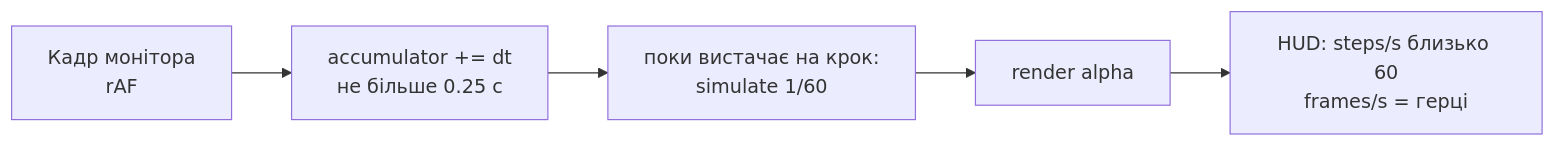
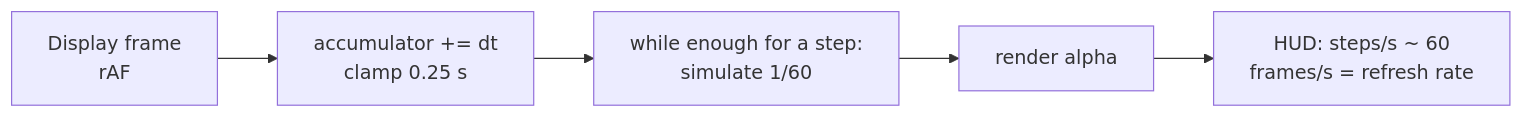
The fourth of 4 diagrams in courses/javascript/lab-01-event-loop-and-game-loop.notes.md (ReallyPablo/Programming-Practice-Projects), drawn with Mermaid before and after one commit. The commit also changed other lines of this file and 7 other files, not shown here.

First line of the commit message:
Add English mermaid diagrams across JS lab notes.

````diff
--- a/courses/javascript/lab-01-event-loop-and-game-loop.notes.md
+++ b/courses/javascript/lab-01-event-loop-and-game-loop.notes.md
@@ -172,7 +172,7 @@
 ```mermaid
 flowchart LR
-  Frame["Кадр монітора<br/>rAF"] --> Acc["accumulator += dt<br/>не більше 0.25 с"]
-  Acc --> Sim["поки вистачає на крок:<br/>simulate 1/60"]
+  Frame["Display frame<br/>rAF"] --> Acc["accumulator += dt<br/>clamp 0.25 s"]
+  Acc --> Sim["while enough for a step:<br/>simulate 1/60"]
   Sim --> Draw["render alpha"]
-  Draw --> Hud["HUD: steps/s близько 60<br/>frames/s = герці"]
+  Draw --> Hud["HUD: steps/s ~ 60<br/>frames/s = refresh rate"]
 ```
````
